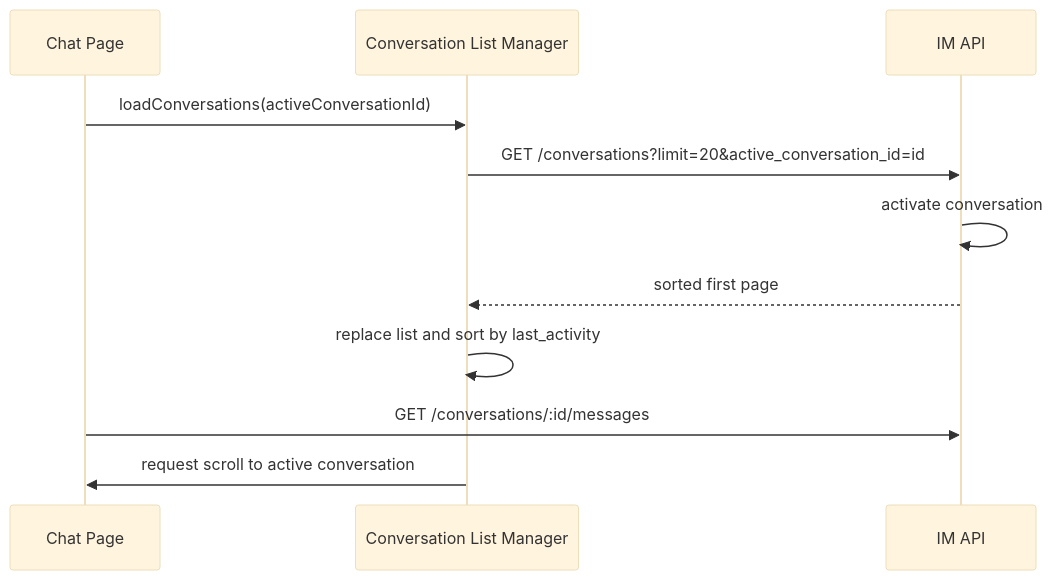
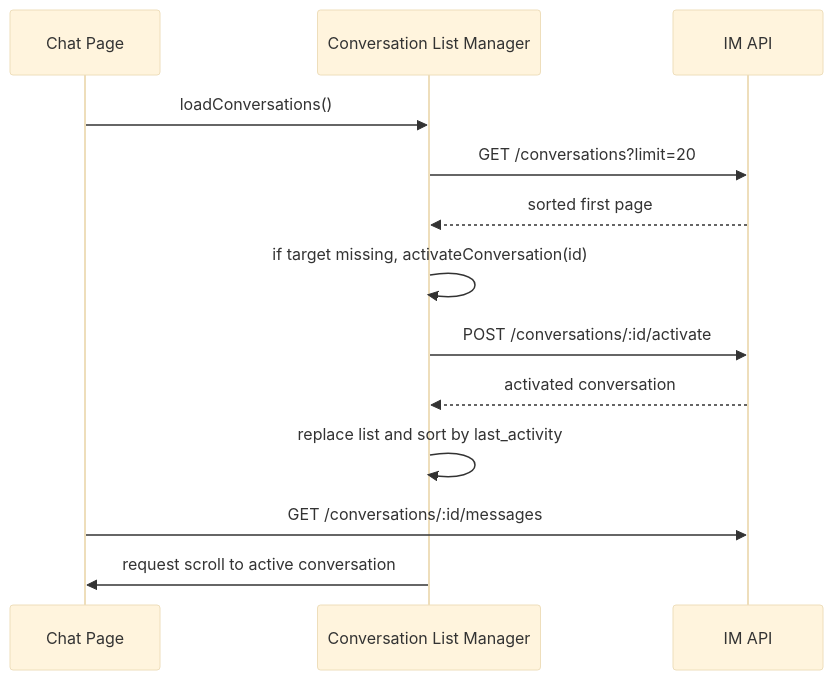
The diagram in docs/CONVERSATION_LIST_INTERACTION.md (jianboolee/dim), drawn with Mermaid (base theme) before and after one commit. The commit also changed other lines of this file and 10 other files, not shown here.

````diff
--- a/docs/CONVERSATION_LIST_INTERACTION.md
+++ b/docs/CONVERSATION_LIST_INTERACTION.md
@@ -106,14 +105,16 @@
 ```mermaid
 sequenceDiagram
   participant Page as Chat Page
   participant Manager as Conversation List Manager
   participant API as IM API
 
-  Page->>Manager: loadConversations(activeConversationId)
-  Manager->>API: GET /conversations?limit=20&active_conversation_id=id
-  API->>API: activate conversation
+  Page->>Manager: loadConversations()
+  Manager->>API: GET /conversations?limit=20
   API-->>Manager: sorted first page
+  Manager->>Manager: if target missing, activateConversation(id)
+  Manager->>API: POST /conversations/:id/activate
+  API-->>Manager: activated conversation
   Manager->>Manager: replace list and sort by last_activity
   Page->>API: GET /conversations/:id/messages
   Manager->>Page: request scroll to active conversation
 ```
````
